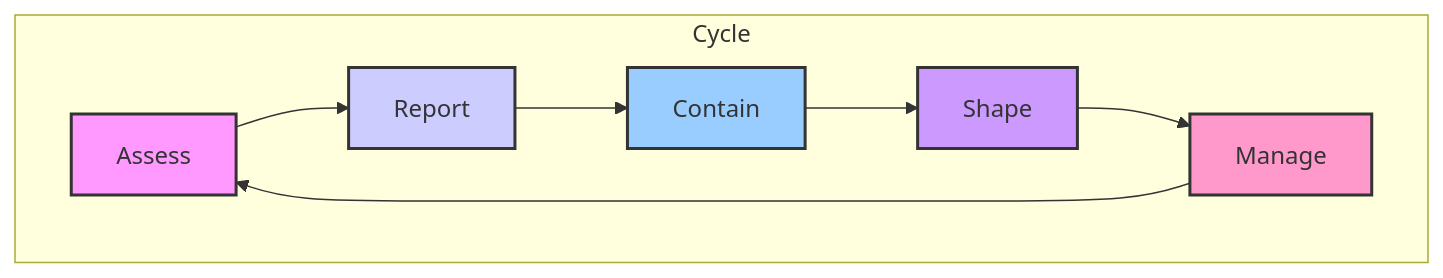
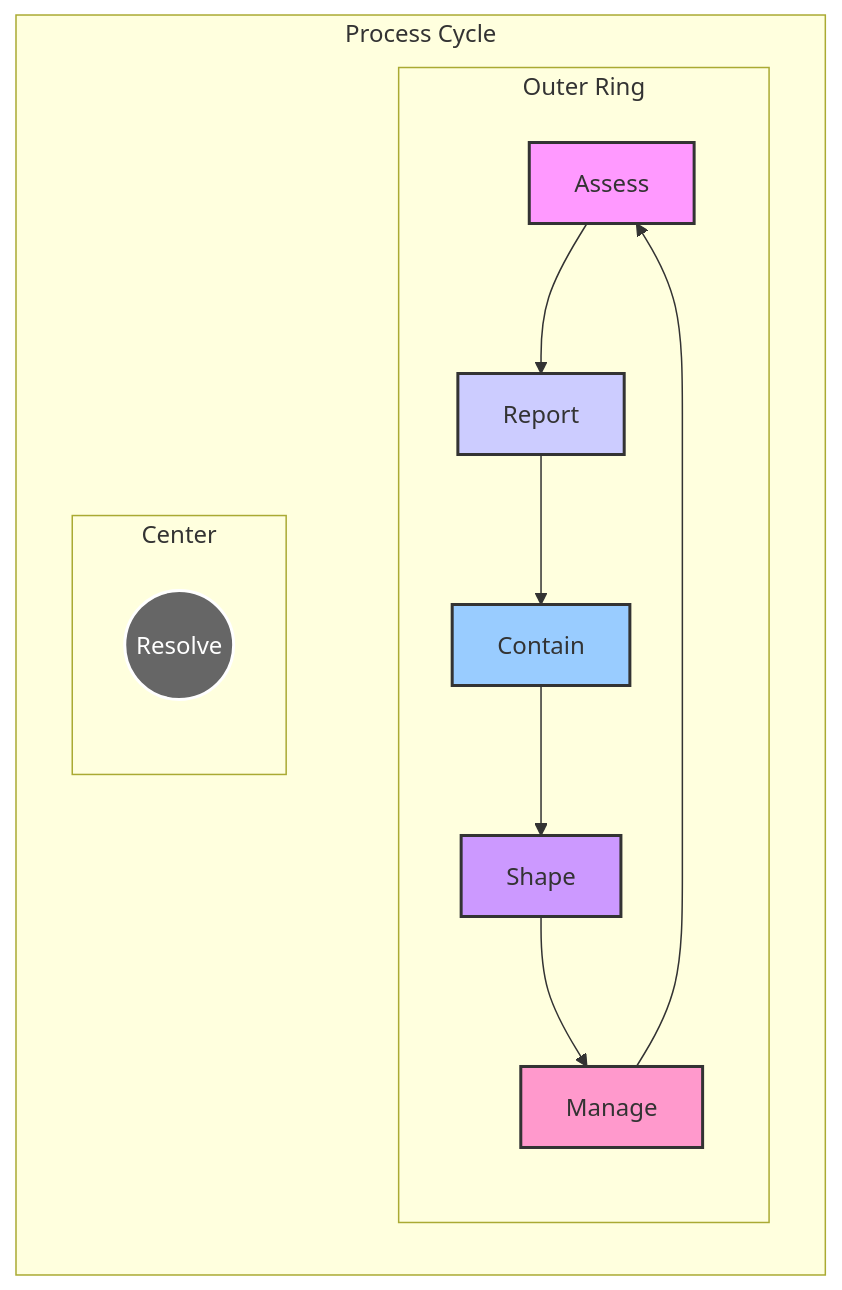
One commit to eugeneckim/principles changed the diagram in mcraven.org. Above: the diagram before and after it, drawn with Mermaid.

Commit message:
Update mcraven.org
updating with center

```diff
--- a/mcraven.org
+++ b/mcraven.org
@@ -12,16 +12,33 @@
 #+begin_src mermaid
-    graph TD
-    subgraph Cycle
-        Assess --> Report;
-        Report --> Contain;
-        Contain --> Shape;
-        Shape --> Manage;
-        Manage --> Assess;
+graph TD
+    subgraph Process Cycle
+        direction LR
+        
+        subgraph Outer Ring
+            direction TB
+            Assess --> Report;
+            Report --> Contain;
+            Contain --> Shape;
+            Shape --> Manage;
+            Manage --> Assess;
+        end
+
+        subgraph Center
+            direction TB
+            Resolve((Resolve))
+        end
     end
 
+    %% Invisible links to center the Resolve node
+    Resolve ~~~ Assess
+    Resolve ~~~ Contain
+    Resolve ~~~ Manage
+
+    %% Styling
+    style Resolve fill:#666,stroke:#fff,stroke-width:2px,color:#fff
     style Assess fill:#f9f,stroke:#333,stroke-width:2px
     style Report fill:#ccf,stroke:#333,stroke-width:2px
     style Contain fill:#9cf,stroke:#333,stroke-width:2px
     style Shape fill:#c9f,stroke:#333,stroke-width:2px
-    style Manage fill:#f9c,stroke:#333,stroke-width:2px  
+    style Manage fill:#f9c,stroke:#333,stroke-width:2px
 #+end_src
```
